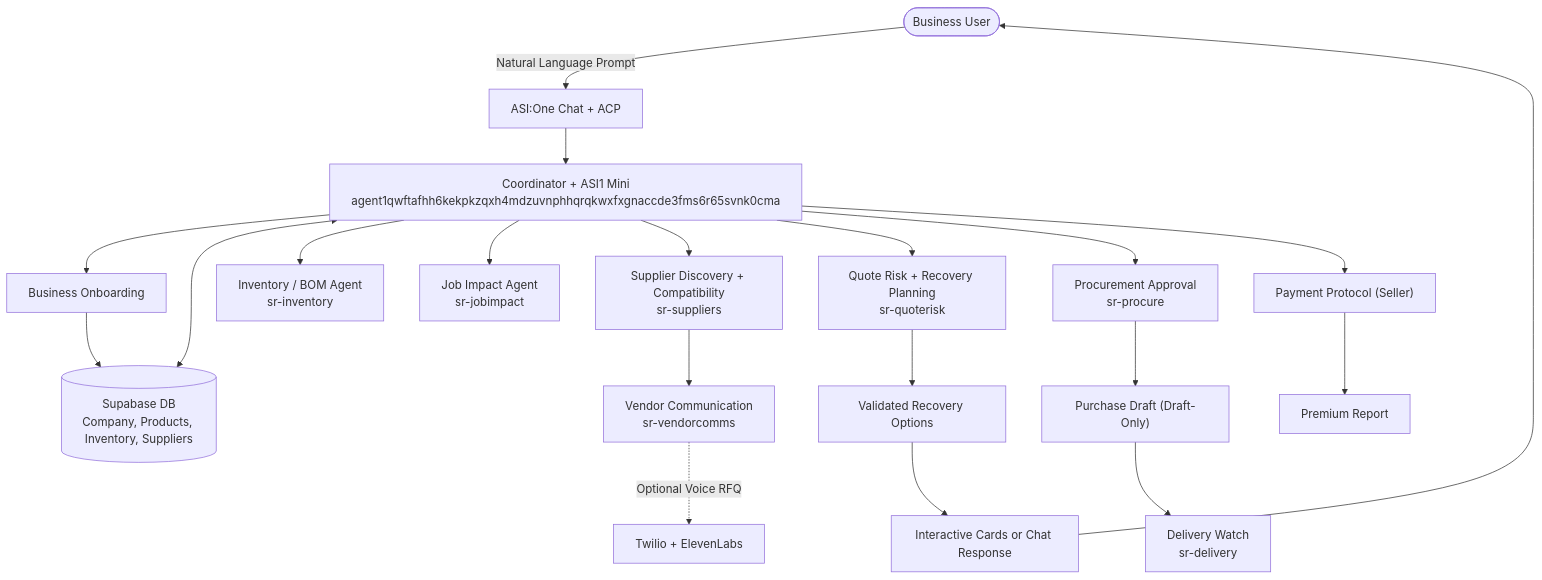
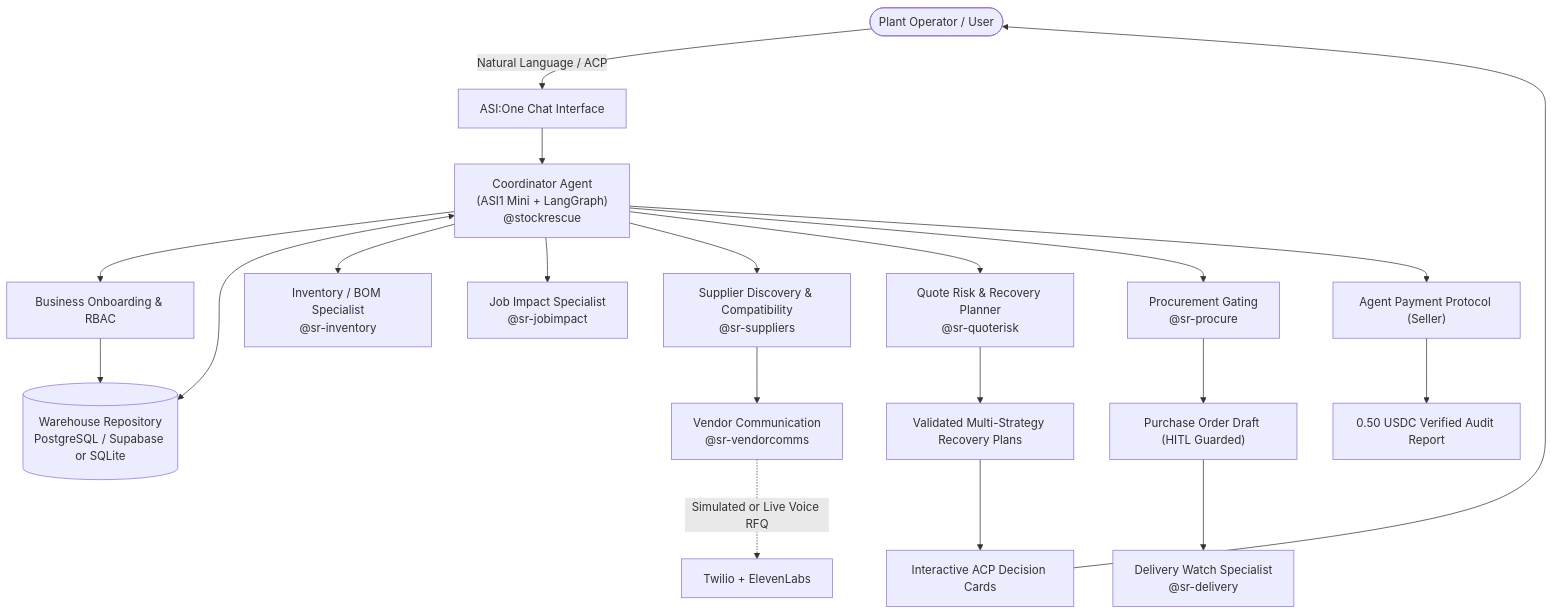
The diagram in README.md (vivinarya/stckresc), drawn with Mermaid before and after one commit. The commit also changed other lines of this file and 8 other files, not shown here.

````diff
--- a/README.md
+++ b/README.md
@@ -56,29 +87,29 @@
 ```mermaid
 flowchart TD
-    User(["Business User"]) -->|"Natural Language Prompt"| ASIONE["ASI:One Chat + ACP"]
-    ASIONE --> COORD["Coordinator + ASI1 Mini<br/>agent1qwftafhh6kekpkzqxh4mdzuvnphhqrqkwxfxgnaccde3fms6r65svnk0cma"]
+    User(["Plant Operator / User"]) -->|"Natural Language / ACP"| ASIONE["ASI:One Chat Interface"]
+    ASIONE --> COORD["Coordinator Agent<br/>(ASI1 Mini + LangGraph)<br/>@stockrescue"]
 
-    COORD --> ONBOARD["Business Onboarding"]
-    ONBOARD --> SUPABASE[("Supabase DB<br/>Company, Products, Inventory, Suppliers")]
-    COORD <--> SUPABASE
+    COORD --> ONBOARD["Business Onboarding & RBAC"]
+    ONBOARD --> DB[("Warehouse Repository<br/>PostgreSQL / Supabase or SQLite")]
+    COORD <--> DB
 
-    COORD --> INVBOM["Inventory / BOM Agent<br/>sr-inventory"]
-    COORD --> JOBIMP["Job Impact Agent<br/>sr-jobimpact"]
-    COORD --> SUPPDISC["Supplier Discovery + Compatibility<br/>sr-suppliers"]
-    COORD --> QUOTERISK["Quote Risk + Recovery Planning<br/>sr-quoterisk"]
+    COORD --> INVBOM["Inventory / BOM Specialist<br/>@sr-inventory"]
+    COORD --> JOBIMP["Job Impact Specialist<br/>@sr-jobimpact"]
+    COORD --> SUPPDISC["Supplier Discovery & Compatibility<br/>@sr-suppliers"]
+    COORD --> QUOTERISK["Quote Risk & Recovery Planner<br/>@sr-quoterisk"]
 
-    SUPPDISC --> VENDORCOMM["Vendor Communication<br/>sr-vendorcomms"]
-    VENDORCOMM -.->|"Optional Voice RFQ"| VOICE["Twilio + ElevenLabs"]
+    SUPPDISC --> VENDORCOMM["Vendor Communication<br/>@sr-vendorcomms"]
+    VENDORCOMM -.->|"Simulated or Live Voice RFQ"| VOICE["Twilio + ElevenLabs"]
 
-    QUOTERISK --> RECOVOPTS["Validated Recovery Options"]
-    RECOVOPTS --> INTERACTIVE["Interactive Cards or Chat Response"]
+    QUOTERISK --> RECOVOPTS["Validated Multi-Strategy Recovery Plans"]
+    RECOVOPTS --> INTERACTIVE["Interactive ACP Decision Cards"]
 
-    COORD --> PROCAPPR["Procurement Approval<br/>sr-procure"]
-    PROCAPPR --> PODRAFT["Purchase Draft (Draft-Only)"]
-    PODRAFT --> DELIVWATCH["Delivery Watch<br/>sr-delivery"]
+    COORD --> PROCAPPR["Procurement Gating<br/>@sr-procure"]
+    PROCAPPR --> PODRAFT["Purchase Order Draft (HITL Guarded)"]
+    PODRAFT --> DELIVWATCH["Delivery Watch Specialist<br/>@sr-delivery"]
 
-    COORD --> PAYPROT["Payment Protocol (Seller)"]
-    PAYPROT --> PREMREP["Premium Report"]
+    COORD --> PAYPROT["Agent Payment Protocol (Seller)"]
+    PAYPROT --> PREMREP["0.50 USDC Verified Audit Report"]
 
     INTERACTIVE --> User
 ```
````
